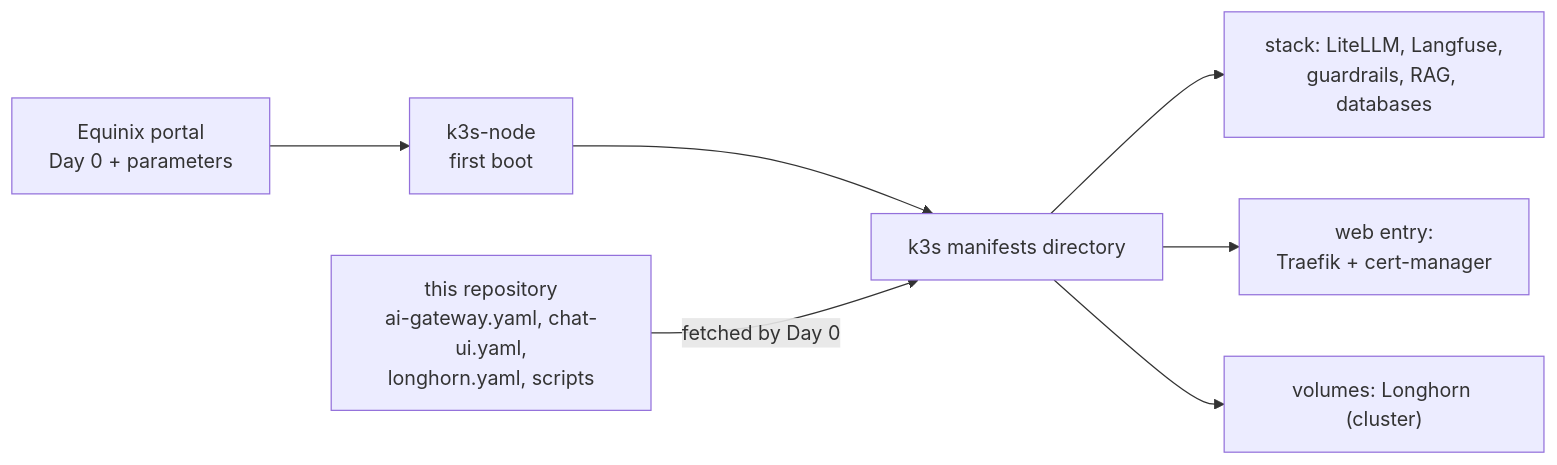
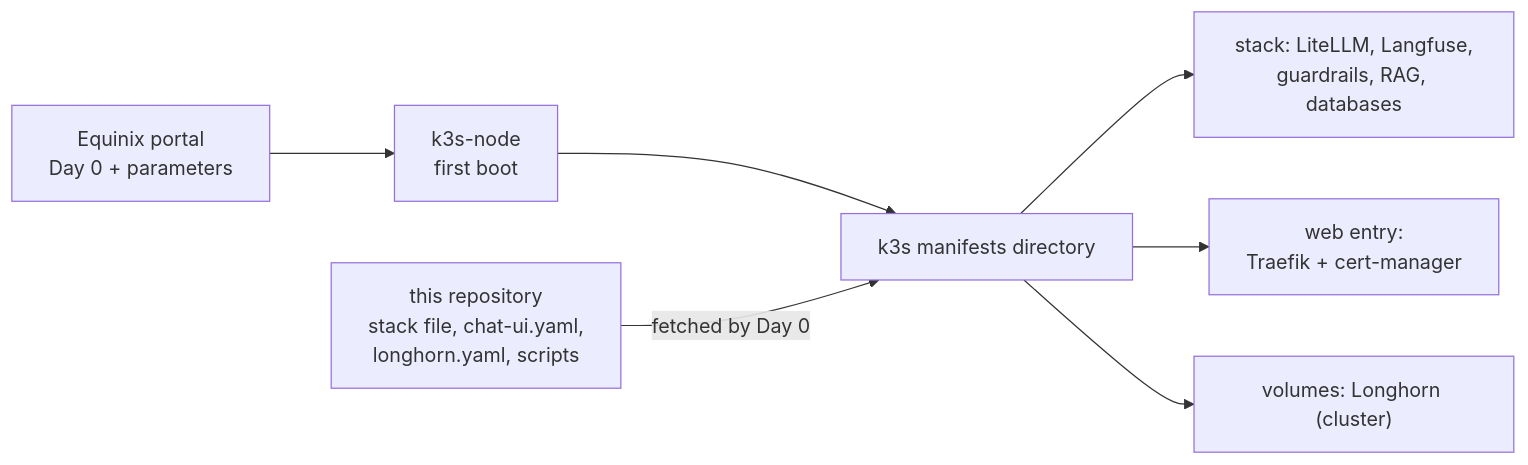
Before and after one commit to equinix-svc/svc-helm-daihub: the first of 7 diagrams in README.md, drawn with Mermaid. The commit also changed other lines of this file and 7 other files, not shown here.

````diff
--- a/README.md
+++ b/README.md
@@ -42,9 +42,9 @@
 ```mermaid
 flowchart LR
   P["Equinix portal<br/>Day 0 + parameters"] --> N["k3s-node<br/>first boot"]
   N --> K["k3s manifests directory"]
-  G["this repository<br/>ai-gateway.yaml, chat-ui.yaml,<br/>longhorn.yaml, scripts"] -- "fetched by Day 0" --> K
+  G["this repository<br/>stack file, chat-ui.yaml,<br/>longhorn.yaml, scripts"] -- "fetched by Day 0" --> K
   K --> S["stack: LiteLLM, Langfuse,<br/>guardrails, RAG, databases"]
   K --> E["web entry:<br/>Traefik + cert-manager"]
   K --> V["volumes: Longhorn (cluster)"]
 ```
````
